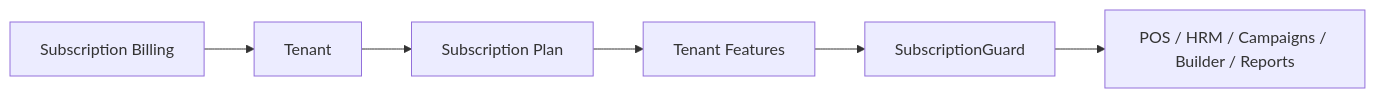
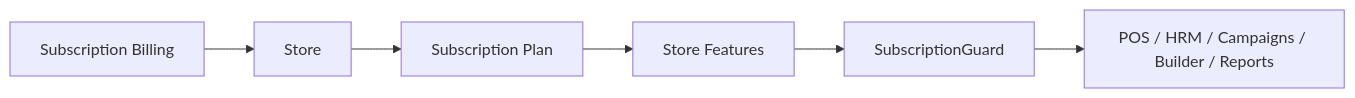
The second of 17 diagrams in doc/system-design/erp_business_logic_deep_dive.md (gowtamkumar/eCommerce-multi-store-saas-erp), drawn with Mermaid before and after one commit. The commit also changed other lines of this file and 764 other files, not shown here.

````diff
--- a/doc/system-design/erp_business_logic_deep_dive.md
+++ b/doc/system-design/erp_business_logic_deep_dive.md
@@ -129,15 +129,15 @@
 ```mermaid
 flowchart LR
-  Tenant["Tenant"]
+  Store["Store"]
   Subscription["Subscription Plan"]
-  Feature["Tenant Features"]
+  Feature["Store Features"]
   Guard["SubscriptionGuard"]
   Modules["POS / HRM / Campaigns / Builder / Reports"]
   Billing["Subscription Billing"]
 
-  Tenant --> Subscription
+  Store --> Subscription
   Subscription --> Feature
   Feature --> Guard
   Guard --> Modules
-  Billing --> Tenant
+  Billing --> Store
 ```
````
